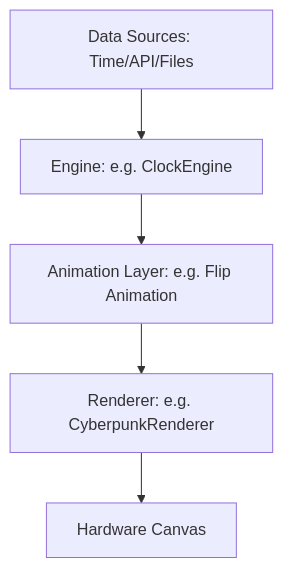
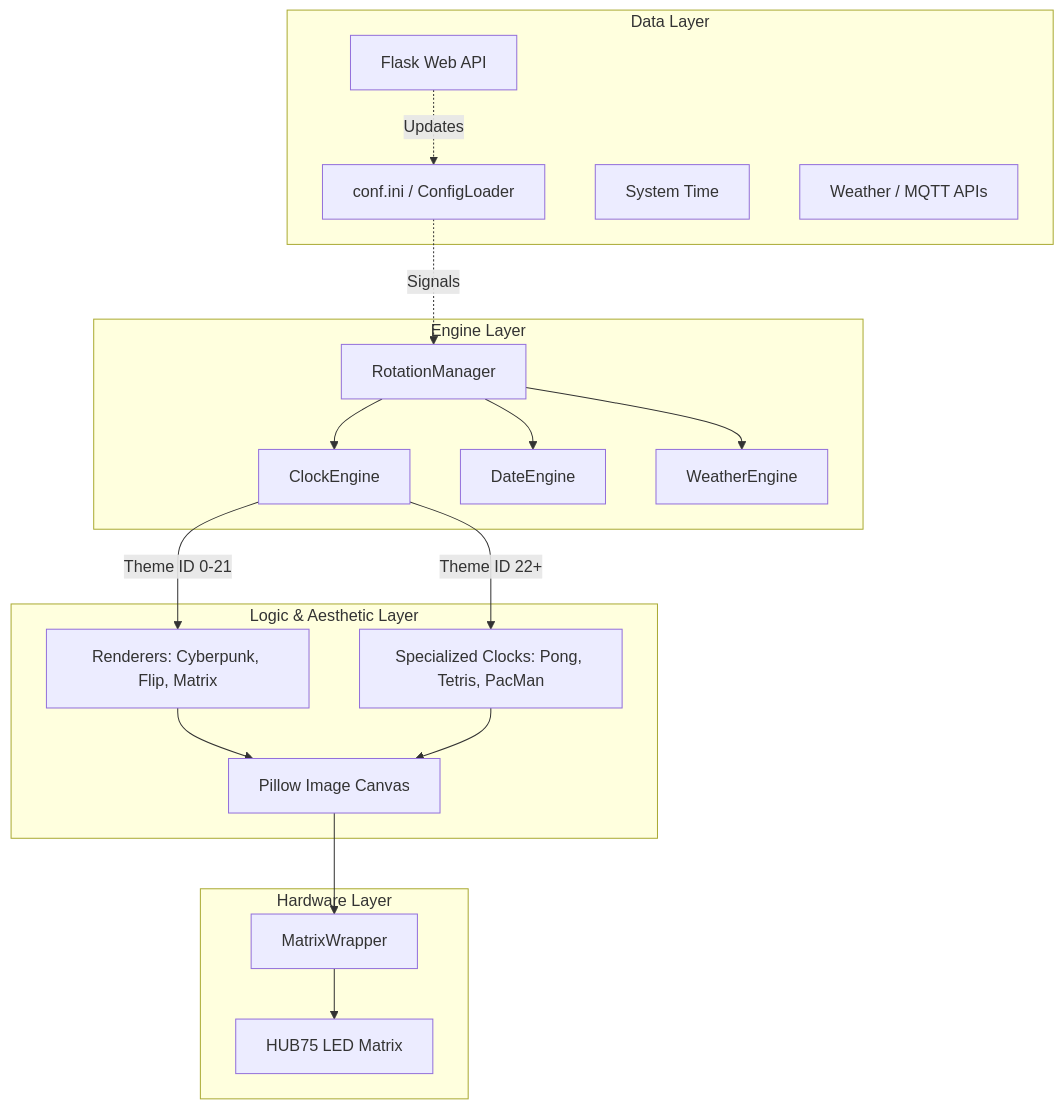
One commit to himura95/ArcadeMatrix_RPI changed the first of 2 diagrams in docs/ARCHITECTURE.md. Above: the diagram before and after it, drawn with Mermaid. The commit also changed other lines of this file and 1 other file, not shown here.

Commit message:
docs: Expand developer guide and add Mermaid class diagram to architecture overview

````diff
--- a/docs/ARCHITECTURE.md
+++ b/docs/ARCHITECTURE.md
@@ -18,7 +22,32 @@
 ```mermaid
-graph TD;
-    Data[Data Sources: Time/API/Files] --> Engine;
-    Engine[Engine: e.g. ClockEngine] --> Animation;
-    Animation[Animation Layer: e.g. Flip Animation] --> Renderer;
-    Renderer[Renderer: e.g. CyberpunkRenderer] --> Matrix[Hardware Canvas];
+graph TD
+    subgraph Data Layer
+        API[Flask Web API]
+        Config[conf.ini / ConfigLoader]
+        Time[System Time]
+        Network[Weather / MQTT APIs]
+    end
+
+    subgraph Engine Layer
+        Rot[RotationManager]
+        ClockE[ClockEngine]
+        DateE[DateEngine]
+        WeathE[WeatherEngine]
+        Rot --> ClockE & DateE & WeathE
+    end
+
+    subgraph Logic & Aesthetic Layer
+        ClockE -->|Theme ID 0-21| Renderers[Renderers: Cyberpunk, Flip, Matrix]
+        ClockE -->|Theme ID 22+| SpClocks[Specialized Clocks: Pong, Tetris, PacMan]
+        Renderers --> Pil[Pillow Image Canvas]
+        SpClocks --> Pil
+    end
+
+    subgraph Hardware Layer
+        Pil --> Wrapper[MatrixWrapper]
+        Wrapper --> Hardware[HUB75 LED Matrix]
+    end
+
+    API -.->|Updates| Config
+    Config -.->|Signals| Rot
 ```
````
